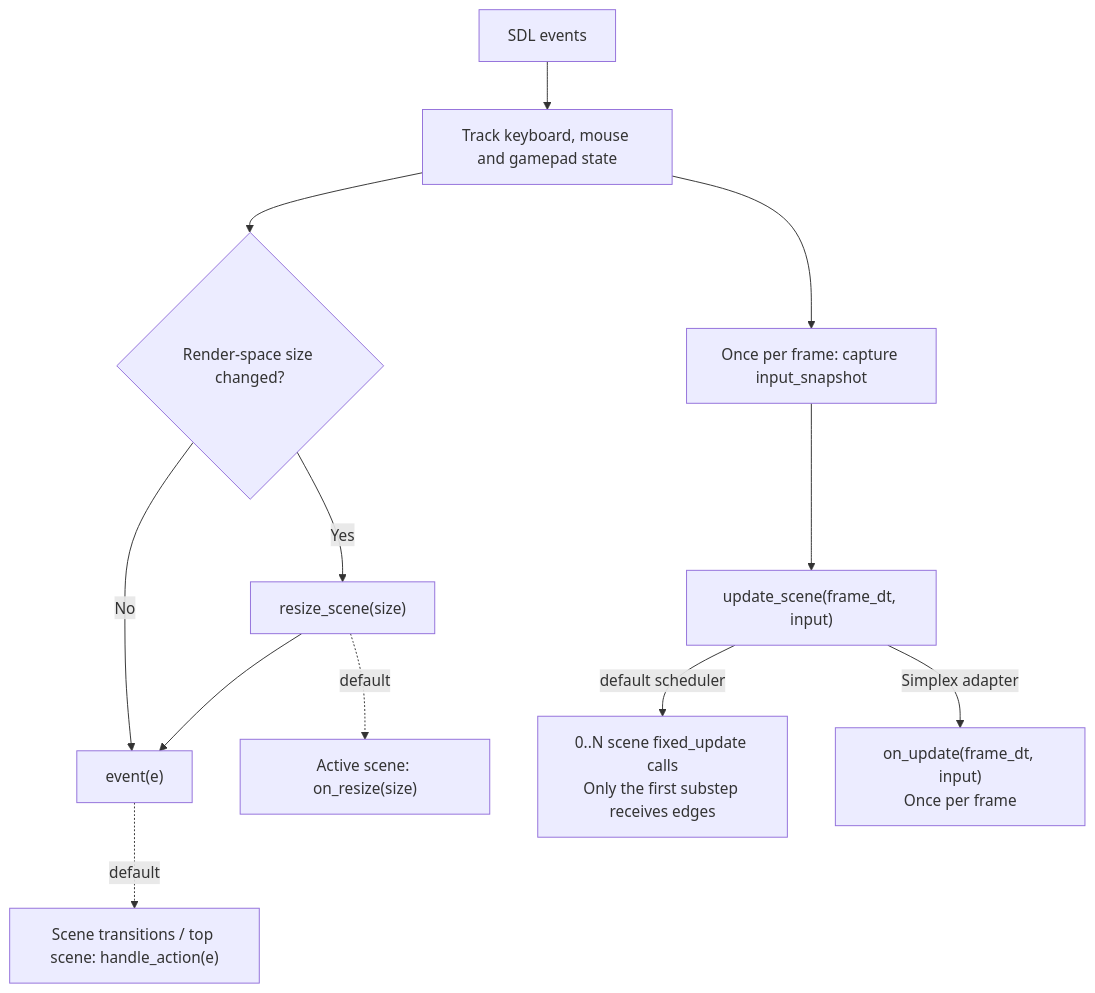
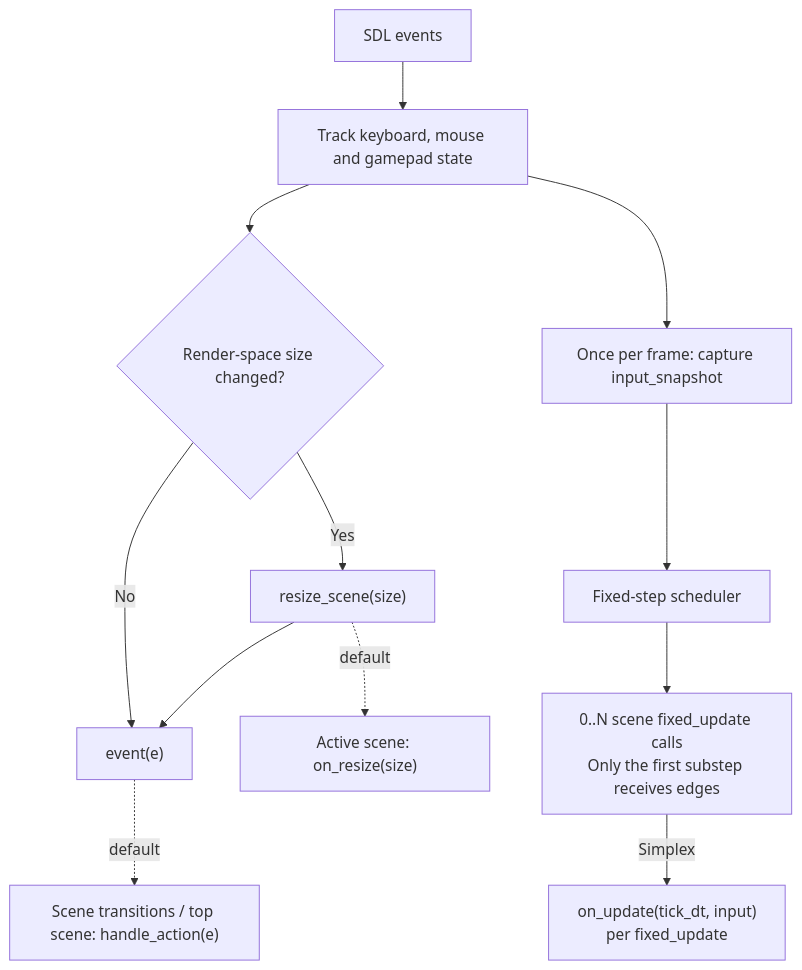
The diagram in website/docs/concepts/input.md (devbrain/neutrino), drawn with Mermaid before and after one commit. The commit also changed other lines of this file and 36 other files, not shown here.

````diff
--- a/website/docs/concepts/input.md
+++ b/website/docs/concepts/input.md
@@ -43,14 +42,14 @@
 ```mermaid
 flowchart TD
     Pump["SDL events"] --> Track["Track keyboard, mouse and gamepad state"]
     Track --> Size{"Render-space size changed?"}
     Size -- Yes --> Resize["resize_scene(size)"]
     Resize --> Event["event(e)"]
     Size -- No --> Event
     Resize -. "default" .-> SceneResize["Active scene: on_resize(size)"]
     Event -. "default" .-> Actions["Scene transitions / top scene: handle_action(e)"]
     Track --> Sample["Once per frame: capture input_snapshot"]
-    Sample --> Update["update_scene(frame_dt, input)"]
-    Update -- "default scheduler" --> Steps["0..N scene fixed_update calls<br/>Only the first substep receives edges"]
-    Update -- "Simplex adapter" --> Simplex["on_update(frame_dt, input)<br/>Once per frame"]
+    Sample --> Update["Fixed-step scheduler"]
+    Update --> Steps["0..N scene fixed_update calls<br/>Only the first substep receives edges"]
+    Steps -- "Simplex" --> Simplex["on_update(tick_dt, input)<br/>per fixed_update"]
 ```
````
